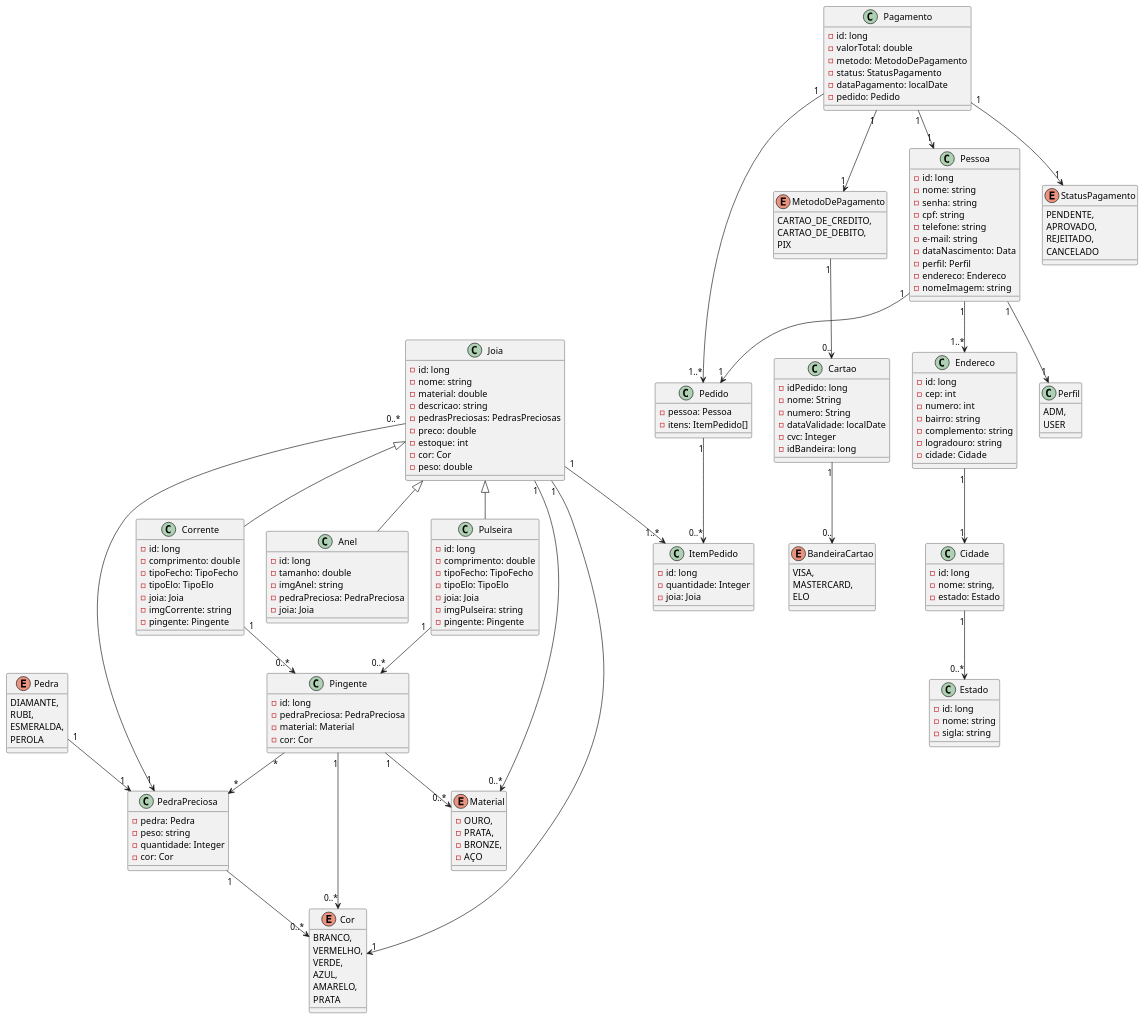
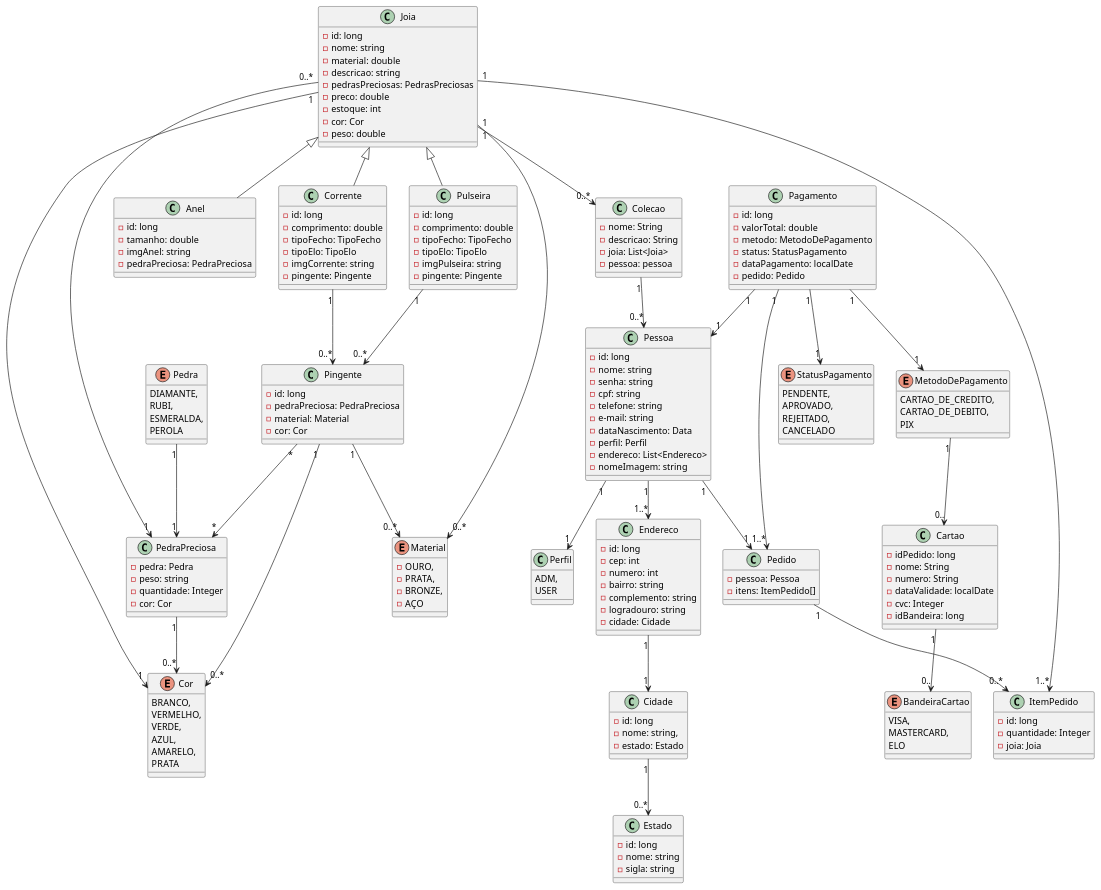
The diagram in src/main/resources/docs/diagrama.plantuml (ThiagoShowza/back-end-topicos2), drawn with PlantUML before and after one commit. The commit also changed 9 other files, not shown here.

```diff
--- a/src/main/resources/docs/diagrama.plantuml
+++ b/src/main/resources/docs/diagrama.plantuml
@@ -17,7 +17,6 @@
     - comprimento: double
     - tipoFecho: TipoFecho
     - tipoElo: TipoElo
-    - joia: Joia
     - imgPulseira: string
     - pingente: Pingente
 }
@@ -27,7 +26,6 @@
     - comprimento: double
     - tipoFecho: TipoFecho
     - tipoElo: TipoElo
-    - joia: Joia
     - imgCorrente: string
     - pingente: Pingente
 }
@@ -37,7 +35,6 @@
     - tamanho: double
     - imgAnel: string
     - pedraPreciosa: PedraPreciosa
-    - joia: Joia
 }
 
 class Pingente {
@@ -45,6 +42,13 @@
     - pedraPreciosa: PedraPreciosa
     - material: Material
     - cor: Cor
+}
+
+class Colecao {
+    - nome: String
+    - descricao: String
+    - joia: List<Joia>
+    - pessoa: pessoa
 }
 
 
@@ -143,7 +147,7 @@
     - e-mail: string
     - dataNascimento: Data
     - perfil: Perfil
-    - endereco: Endereco
+    - endereco: List<Endereco>
     - nomeImagem: string
 }
 
@@ -175,6 +179,10 @@
 Joia <|-- Anel
 
 Joia <|-- Corrente
+
+Joia "1" --> "0..*" Colecao
+
+Colecao "1" --> "0..*" Pessoa
 
 Pingente "1" --> "0..*" Cor
 
```
